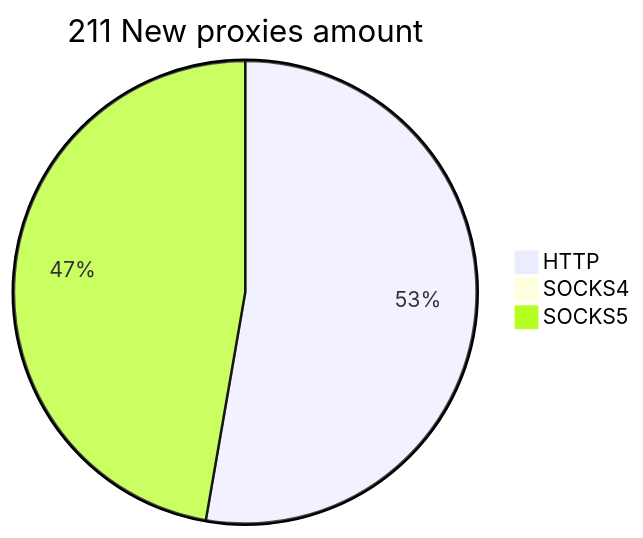
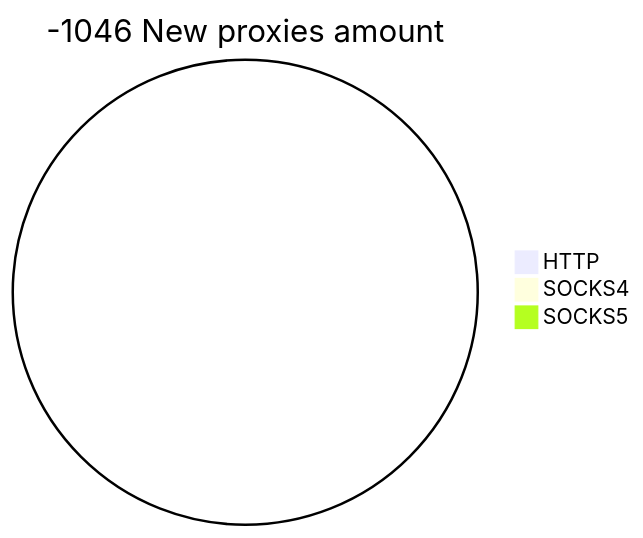
The second of 2 diagrams in README.md (cutipu/proxylist), drawn with Mermaid before and after one commit. The commit also changed other lines of this file, not shown here.

````diff
--- a/README.md
+++ b/README.md
@@ -10,6 +10,6 @@
 ```mermaid
-pie title 211 New proxies amount
-    "HTTP" : 116
+pie title -1046 New proxies amount
+    "HTTP" : 0
     "SOCKS4" : 0
-    "SOCKS5" : 104
+    "SOCKS5" : 0
 ```
````
